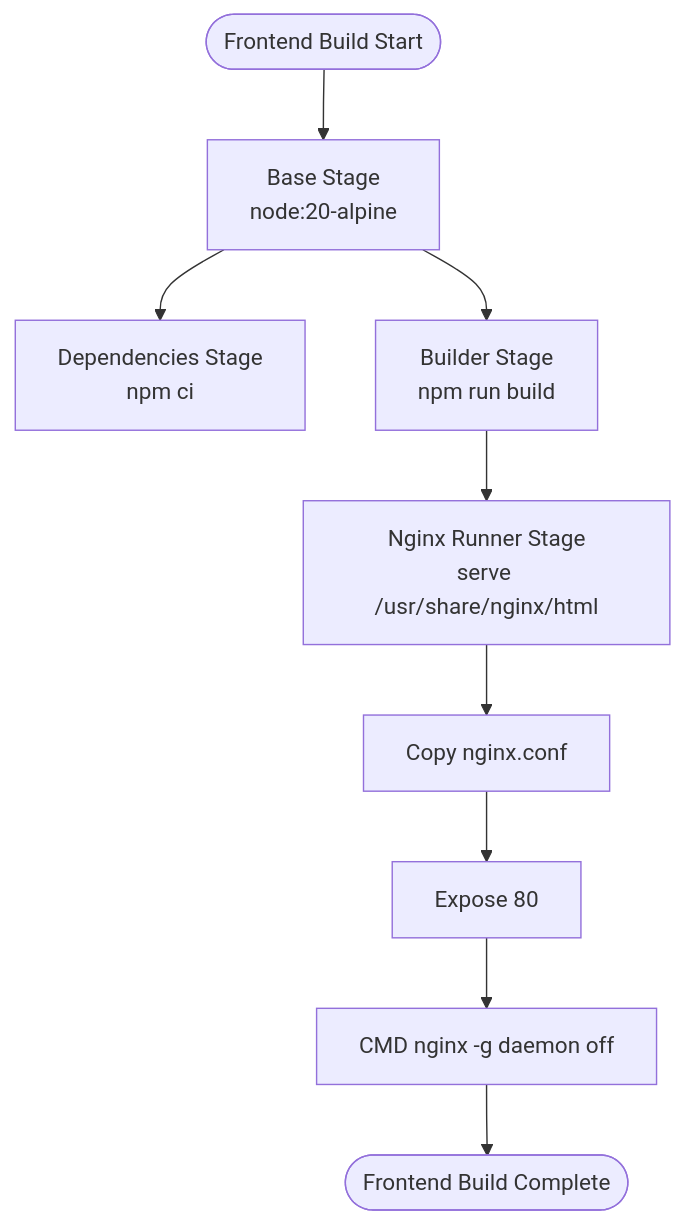
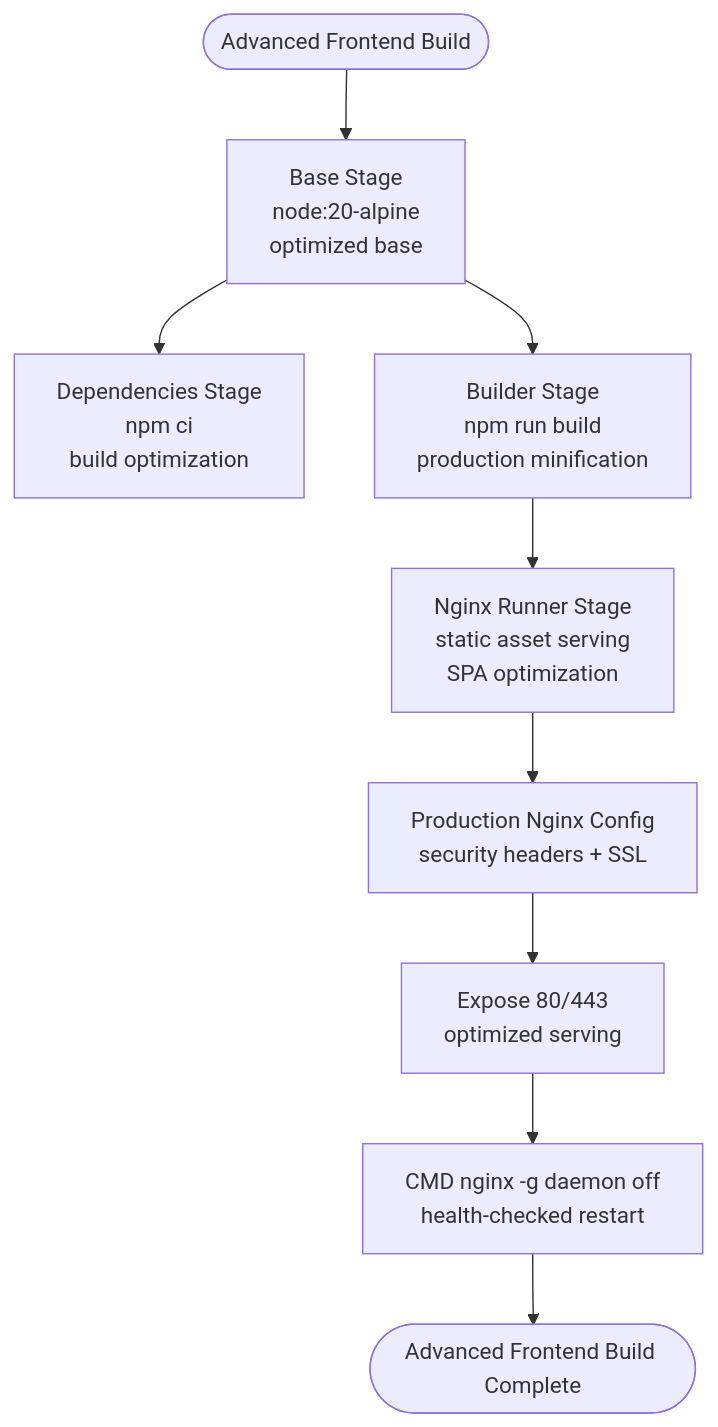
One commit to franckylab/eLISAschool changed the fourth of 5 diagrams in .qoder/repowiki/en/content/Deployment & Docker Configuration.md. Above: the diagram before and after it, drawn with Mermaid. The commit also changed other lines of this file and 126 other files, not shown here.

````diff
--- a/.qoder/repowiki/en/content/Deployment & Docker Configuration.md
+++ b/.qoder/repowiki/en/content/Deployment & Docker Configuration.md
@@ -166,11 +210,11 @@
 ```mermaid
 flowchart TD
-StartF(["Frontend Build Start"]) --> BaseF["Base Stage<br/>node:20-alpine"]
-BaseF --> DepsF["Dependencies Stage<br/>npm ci"]
-BaseF --> BuilderF["Builder Stage<br/>npm run build"]
-BuilderF --> NginxF["Nginx Runner Stage<br/>serve /usr/share/nginx/html"]
-NginxF --> Conf["Copy nginx.conf"]
-Conf --> ExposeF["Expose 80"]
-ExposeF --> CmdF["CMD nginx -g daemon off"]
-CmdF --> EndF(["Frontend Build Complete"])
+StartF(["Advanced Frontend Build"]) --> BaseF["Base Stage<br/>node:20-alpine<br/>optimized base"]
+BaseF --> DepsF["Dependencies Stage<br/>npm ci<br/>build optimization"]
+BaseF --> BuilderF["Builder Stage<br/>npm run build<br/>production minification"]
+BuilderF --> NginxF["Nginx Runner Stage<br/>static asset serving<br/>SPA optimization"]
+NginxF --> Conf["Production Nginx Config<br/>security headers + SSL"]
+Conf --> ExposeF["Expose 80/443<br/>optimized serving"]
+ExposeF --> CmdF["CMD nginx -g daemon off<br/>health-checked restart"]
+CmdF --> EndF(["Advanced Frontend Build Complete"])
 ```
````
